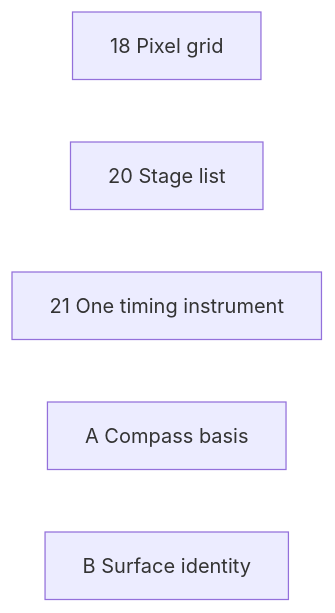
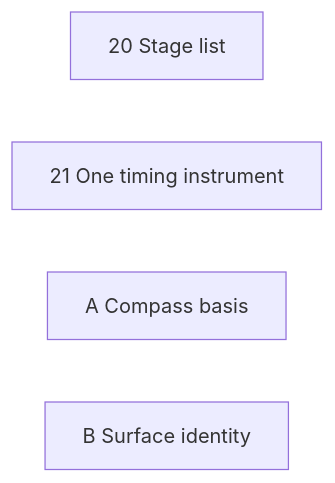
The diagram in design/plans/arch-review.md (jonjaques/inertialref), drawn with Mermaid before and after one commit. The commit also changed other lines of this file and 20 other files, not shown here.

````diff
--- a/design/plans/arch-review.md
+++ b/design/plans/arch-review.md
@@ -71,8 +71,7 @@
 ```mermaid
 flowchart LR
-  P18[18 Pixel grid]
   P20[20 Stage list]
   P21[21 One timing instrument]
   A[A Compass basis]
   B[B Surface identity]
 ```
````
